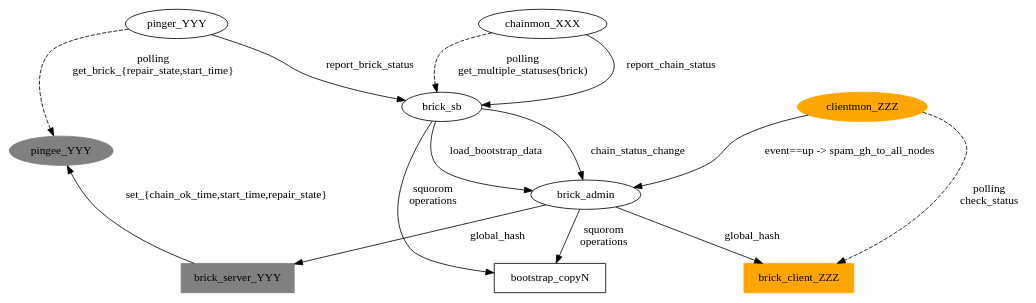
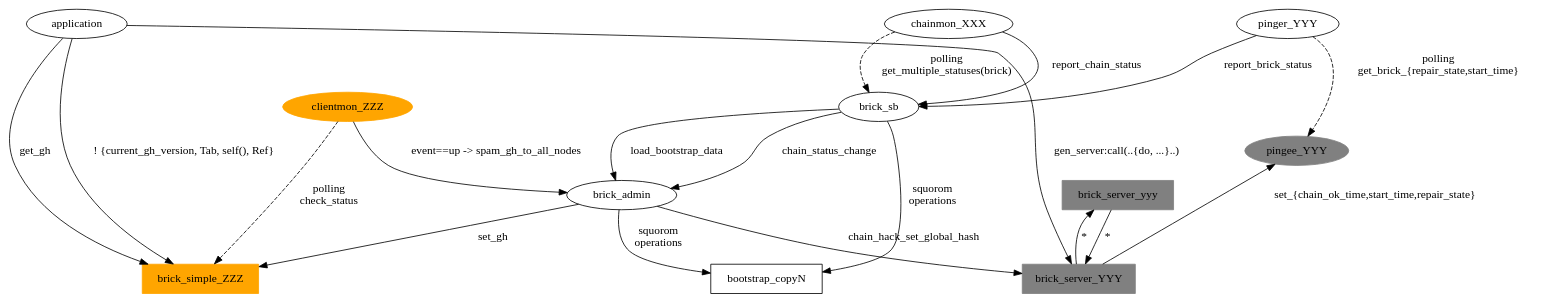
The diagram in doc/src/hibari/images-src/brick-sb-ctree.dot (hibari/hibari-doc), drawn with Graphviz before and after one commit.

Commit message:
GMT BZ28971: update call tree based on code review

```diff
--- a/doc/src/hibari/images-src/brick-sb-ctree.dot
+++ b/doc/src/hibari/images-src/brick-sb-ctree.dot
@@ -1,57 +1,64 @@
 
 //
 // Copyright (c) 2005-2010 Gemini Mobile Technologies, Inc.  All rights reserved.
 //
 // Licensed under the Apache License, Version 2.0 (the "License");
 // you may not use this file except in compliance with the License.
 // You may obtain a copy of the License at
 //
 //     http://www.apache.org/licenses/LICENSE-2.0
 //
 // Unless required by applicable law or agreed to in writing, software
 // distributed under the License is distributed on an "AS IS" BASIS,
 // WITHOUT WARRANTIES OR CONDITIONS OF ANY KIND, either express or implied.
 // See the License for the specific language governing permissions and
 // limitations under the License.
 //
 
 digraph data_flow {
 	node [shape="ellipse"];
         nodesep = 0.5;
-	{rank="source"; pinger_YYY; chainmon_XXX; };
+	{rank="source"; pinger_YYY; chainmon_XXX; application};
 	{rank="sink"; bootstrap_copyN; };
 	// misc
 	bootstrap_copyN [shape="record"];
 	// servers
         subgraph servers1 {
 		node [style=filled, color=grey];
 		{rank=sink; brick_server_YYY};
 		pingee_YYY;
 		brick_server_YYY [shape="record"];
+		brick_server_yyy [shape="record"];
 		brick_server_YYY -> pingee_YYY [label="set_{chain_ok_time,start_time,repair_state}"];
+		brick_server_YYY -> brick_server_yyy [label="*"];
+		brick_server_yyy -> brick_server_YYY [label="*"];
 	}
 	// clients
         subgraph clients1 {
 		node [style=filled, color=orange];
-		{rank=sink; brick_client_ZZZ};
+		{rank=sink; brick_simple_ZZZ};
 		clientmon_ZZZ;
-		brick_client_ZZZ [shape="record"];
-		clientmon_ZZZ -> brick_client_ZZZ [style="dashed", label="polling\ncheck_status"];
+		brick_simple_ZZZ [shape="record"];
+		clientmon_ZZZ -> brick_simple_ZZZ [style="dashed", label="polling\ncheck_status"];
 	}
 	// chain monitor
 	chainmon_XXX -> brick_sb [style="dashed", label="polling\nget_multiple_statuses(brick)"];
 	chainmon_XXX -> brick_sb [label="report_chain_status"];
 	// client monitor
 	clientmon_ZZZ -> brick_admin [label="event==up -> spam_gh_to_all_nodes"];
 	// pinger -> pingee -> brick_server
 	pinger_YYY -> brick_sb [label="report_brick_status"];
 	pinger_YYY -> pingee_YYY [style="dashed", label="polling\nget_brick_{repair_state,start_time}"];
 	// scoreboard
 	brick_sb -> bootstrap_copyN [label="squorom\noperations"];
 	brick_sb -> brick_admin [label="load_bootstrap_data"];
 	brick_sb -> brick_admin [label="chain_status_change"];
 	// admin
 	brick_admin -> bootstrap_copyN [label="squorom\noperations"];
-	brick_admin -> brick_client_ZZZ [label="global_hash"];
-	brick_admin -> brick_server_YYY [label="global_hash"];
+	brick_admin -> brick_simple_ZZZ [label="set_gh"];
+	brick_admin -> brick_server_YYY [label="chain_hack_set_global_hash"];
+	// application
+	application -> brick_simple_ZZZ [label="! {current_gh_version, Tab, self(), Ref}"];	
+	application -> brick_simple_ZZZ [label="get_gh"];
+	application -> brick_server_YYY [label="gen_server:call(..{do, ...}..)"];
 }
```
